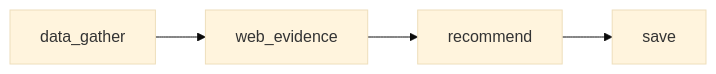
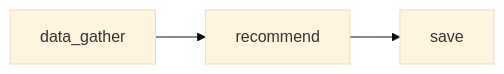
One commit to leeing/xft-dd changed the first of 2 diagrams in docs/ARCHITECTURE.md. Above: the diagram before and after it, drawn with Mermaid (base theme). The commit also changed other lines of this file and 14 other files, not shown here.

First line of the commit message:
♻️ refactor: integrate web search into evaluator, remove web_evidence phase

````diff
--- a/docs/ARCHITECTURE.md
+++ b/docs/ARCHITECTURE.md
@@ -29,6 +29,5 @@
 ```mermaid
 flowchart LR
-    gather["data_gather"] --> web["web_evidence"]
-    web --> recommend["recommend"]
+    gather["data_gather"] --> recommend["recommend"]
     recommend --> save["save"]
 ```
````
